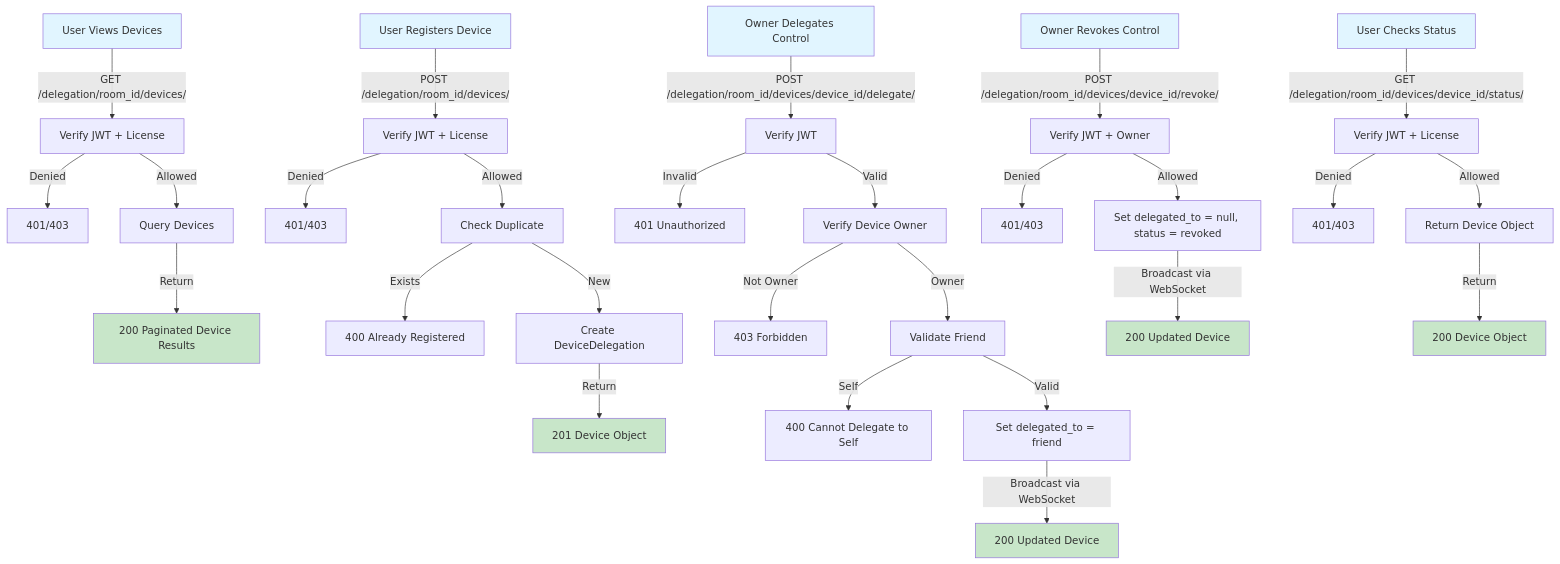
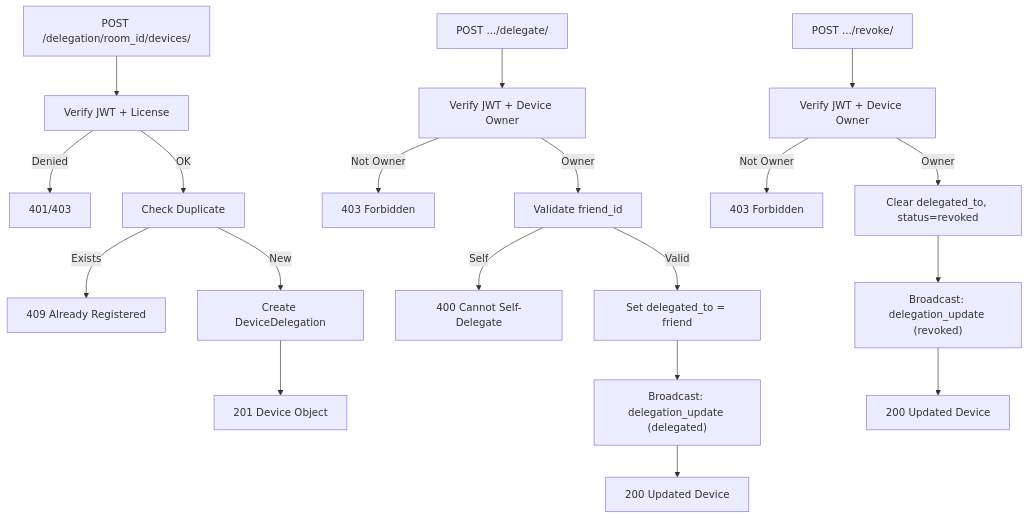
One commit to RadiantVixen/music-room changed the tenth of 13 diagrams in API_SCHEMAS.md. Above: the diagram before and after it, drawn with Mermaid. The commit also changed other lines of this file and 65 other files, not shown here.

````diff
--- a/API_SCHEMAS.md
+++ b/API_SCHEMAS.md
@@ -1497,44 +971,23 @@
 ```mermaid
 graph TD
-    A["User Views Devices"] -->|GET /delegation/room_id/devices/| B["Verify JWT + License"]
+    A["POST /delegation/room_id/devices/"] --> B["Verify JWT + License"]
     B -->|Denied| C["401/403"]
-    B -->|Allowed| D["Query Devices"]
-    D -->|Return| E["200 Paginated Device Results"]
-    
-    F["User Registers Device"] -->|POST /delegation/room_id/devices/| G["Verify JWT + License"]
-    G -->|Denied| H["401/403"]
-    G -->|Allowed| I["Check Duplicate"]
-    I -->|Exists| J["400 Already Registered"]
-    I -->|New| K["Create DeviceDelegation"]
-    K -->|Return| L["201 Device Object"]
-    
-    M["Owner Delegates Control"] -->|POST /delegation/room_id/devices/device_id/delegate/| N["Verify JWT"]
-    N -->|Invalid| O["401 Unauthorized"]
-    N -->|Valid| P["Verify Device Owner"]
-    P -->|Not Owner| Q["403 Forbidden"]
-    P -->|Owner| R["Validate Friend"]
-    R -->|Self| S["400 Cannot Delegate to Self"]
-    R -->|Valid| T["Set delegated_to = friend"]
-    T -->|Broadcast via WebSocket| U["200 Updated Device"]
-    
-    V["Owner Revokes Control"] -->|POST /delegation/room_id/devices/device_id/revoke/| W["Verify JWT + Owner"]
-    W -->|Denied| X["401/403"]
-    W -->|Allowed| Y["Set delegated_to = null, status = revoked"]
-    Y -->|Broadcast via WebSocket| Z["200 Updated Device"]
-    
-    AA["User Checks Status"] -->|GET /delegation/room_id/devices/device_id/status/| AB["Verify JWT + License"]
-    AB -->|Denied| AC["401/403"]
-    AB -->|Allowed| AD["Return Device Object"]
-    AD -->|Return| AE["200 Device Object"]
-    
-    style A fill:#e1f5ff
-    style F fill:#e1f5ff
-    style M fill:#e1f5ff
-    style V fill:#e1f5ff
-    style AA fill:#e1f5ff
-    style E fill:#c8e6c9
-    style L fill:#c8e6c9
-    style U fill:#c8e6c9
-    style Z fill:#c8e6c9
-    style AE fill:#c8e6c9
+    B -->|OK| D["Check Duplicate"]
+    D -->|Exists| E["409 Already Registered"]
+    D -->|New| F["Create DeviceDelegation"]
+    F --> G["201 Device Object"]
+
+    H["POST .../delegate/"] --> I["Verify JWT + Device Owner"]
+    I -->|Not Owner| J["403 Forbidden"]
+    I -->|Owner| K["Validate friend_id"]
+    K -->|Self| L["400 Cannot Self-Delegate"]
+    K -->|Valid| M["Set delegated_to = friend"]
+    M --> N["Broadcast: delegation_update (delegated)"]
+    N --> O["200 Updated Device"]
+
+    P["POST .../revoke/"] --> Q["Verify JWT + Device Owner"]
+    Q -->|Not Owner| R["403 Forbidden"]
+    Q -->|Owner| S["Clear delegated_to, status=revoked"]
+    S --> T["Broadcast: delegation_update (revoked)"]
+    T --> U["200 Updated Device"]
 ```
````
